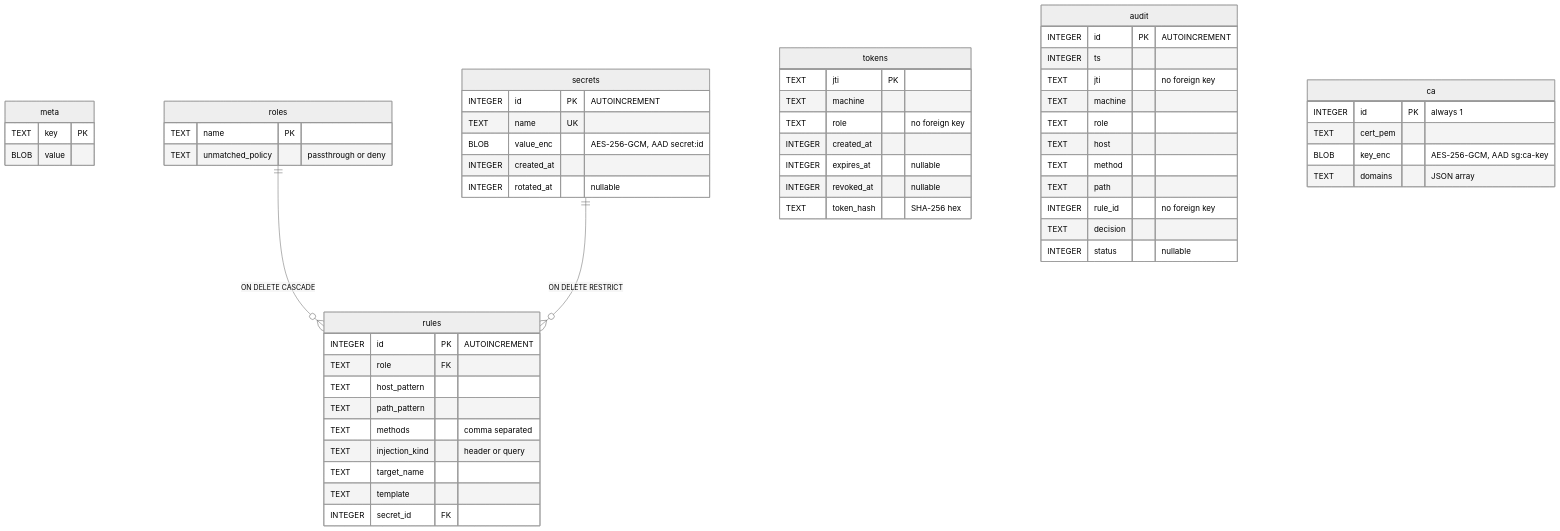
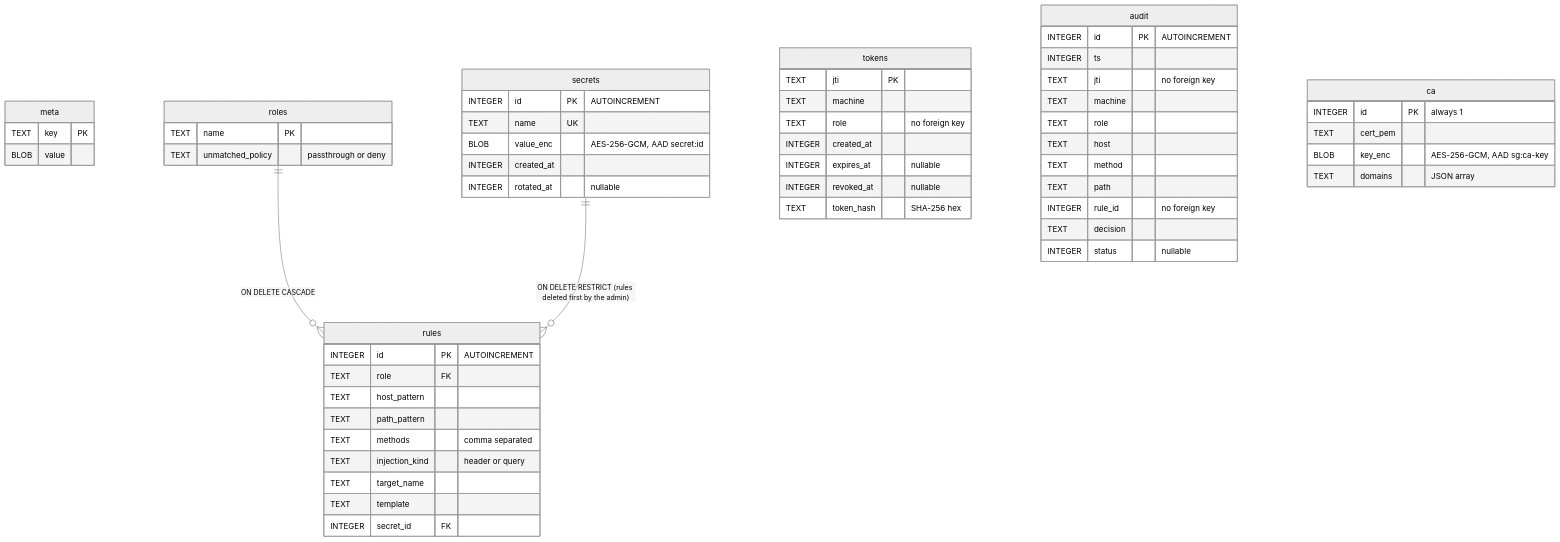
One commit to javanton/secret-custodian changed the diagram in docs/database-schema.md. Above: the diagram before and after it, drawn with Mermaid (neutral theme). The commit also changed other lines of this file and 13 other files, not shown here.

````diff
--- a/docs/database-schema.md
+++ b/docs/database-schema.md
@@ -11,60 +11,60 @@
 ```mermaid
 erDiagram
     meta {
         TEXT key PK
         BLOB value
     }
     secrets {
         INTEGER id PK "AUTOINCREMENT"
         TEXT name UK
         BLOB value_enc "AES-256-GCM, AAD secret:id"
         INTEGER created_at
         INTEGER rotated_at "nullable"
     }
     roles {
         TEXT name PK
         TEXT unmatched_policy "passthrough or deny"
     }
     rules {
         INTEGER id PK "AUTOINCREMENT"
         TEXT role FK
         TEXT host_pattern
         TEXT path_pattern
         TEXT methods "comma separated"
         TEXT injection_kind "header or query"
         TEXT target_name
         TEXT template
         INTEGER secret_id FK
     }
     tokens {
         TEXT jti PK
         TEXT machine
         TEXT role "no foreign key"
         INTEGER created_at
         INTEGER expires_at "nullable"
         INTEGER revoked_at "nullable"
         TEXT token_hash "SHA-256 hex"
     }
     audit {
         INTEGER id PK "AUTOINCREMENT"
         INTEGER ts
         TEXT jti "no foreign key"
         TEXT machine
         TEXT role
         TEXT host
         TEXT method
         TEXT path
         INTEGER rule_id "no foreign key"
         TEXT decision
         INTEGER status "nullable"
     }
     ca {
         INTEGER id PK "always 1"
         TEXT cert_pem
         BLOB key_enc "AES-256-GCM, AAD sg:ca-key"
         TEXT domains "JSON array"
     }
 
     roles ||--o{ rules : "ON DELETE CASCADE"
-    secrets ||--o{ rules : "ON DELETE RESTRICT"
+    secrets ||--o{ rules : "ON DELETE RESTRICT (rules deleted first by the admin)"
 ```
````
